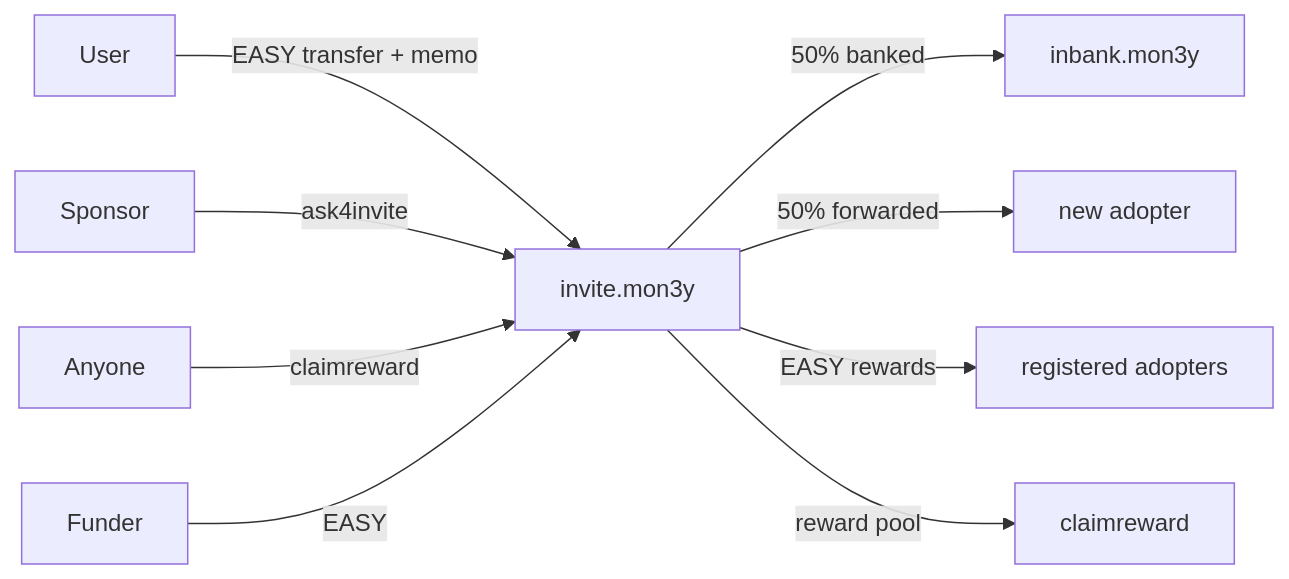
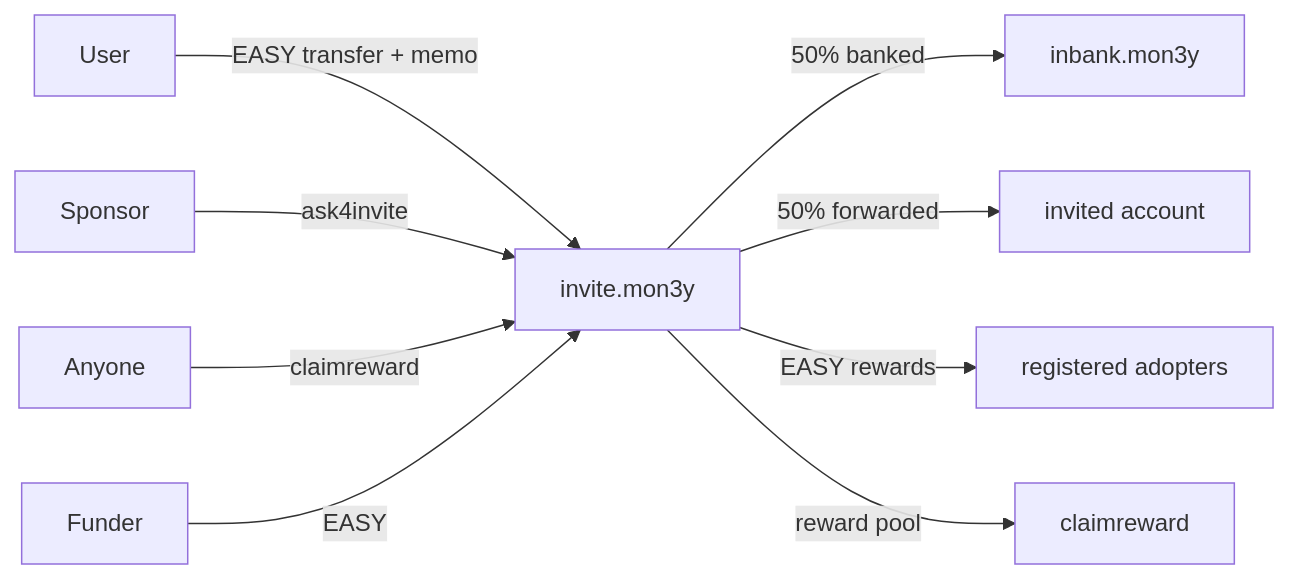
One commit to dougbutner/EASY-Website changed the diagram in contracts/UI-INTEGRATION.md. Above: the diagram before and after it, drawn with Mermaid. The commit also changed other lines of this file and 3 other files, not shown here.

````diff
--- a/contracts/UI-INTEGRATION.md
+++ b/contracts/UI-INTEGRATION.md
@@ -18,11 +18,11 @@
 ```mermaid
 flowchart LR
   User -->|EASY transfer + memo| invite["invite.mon3y"]
   invite -->|50% banked| inbank["inbank.mon3y"]
-  invite -->|50% forwarded| NewUser["new adopter"]
+  invite -->|50% forwarded| Invited["invited account"]
   Sponsor -->|ask4invite| invite
   Anyone -->|claimreward| invite
   invite -->|EASY rewards| Adopters["registered adopters"]
   Funder -->|EASY| invite
   invite -->|reward pool| claimreward
 ```
````
